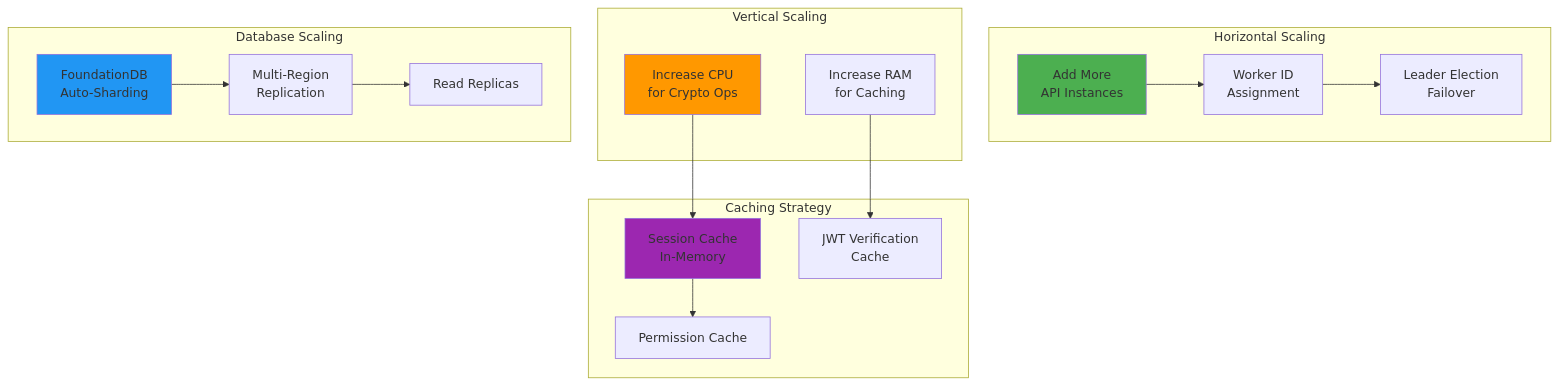
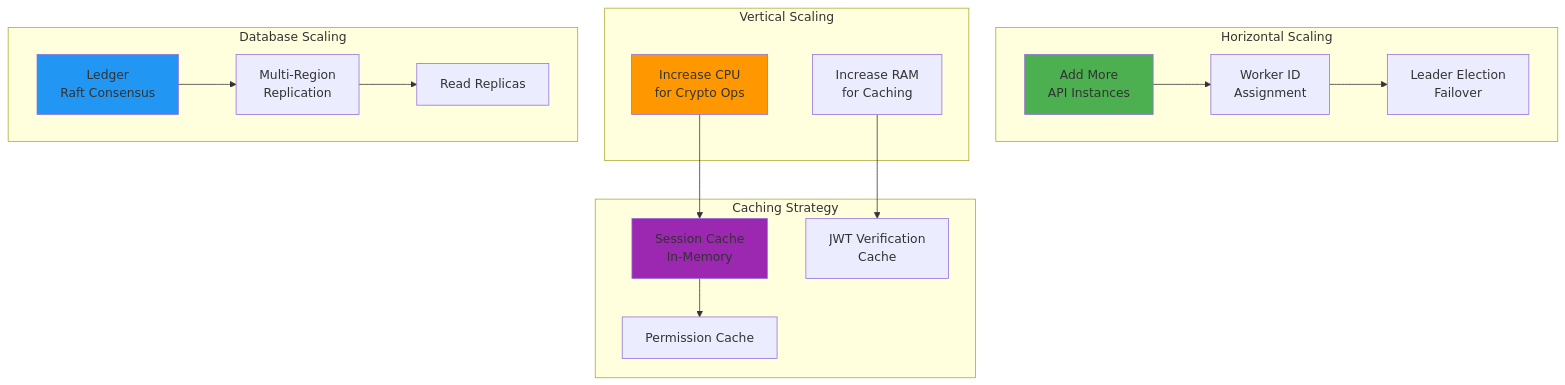
One commit to inferadb/control changed the tenth of 10 diagrams in docs/architecture.md. Above: the diagram before and after it, drawn with Mermaid. The commit also changed other lines of this file and 61 other files, not shown here.

````diff
--- a/docs/architecture.md
+++ b/docs/architecture.md
@@ -531,38 +531,38 @@
 ```mermaid
 graph TB
     subgraph "Horizontal Scaling"
         H1[Add More<br/>API Instances]
         H2[Worker ID<br/>Assignment]
         H3[Leader Election<br/>Failover]
     end
 
     subgraph "Vertical Scaling"
         V1[Increase CPU<br/>for Crypto Ops]
         V2[Increase RAM<br/>for Caching]
     end
 
     subgraph "Database Scaling"
-        D1[FoundationDB<br/>Auto-Sharding]
+        D1[Ledger<br/>Raft Consensus]
         D2[Multi-Region<br/>Replication]
         D3[Read Replicas]
     end
 
     subgraph "Caching Strategy"
         C1[Session Cache<br/>In-Memory]
         C2[JWT Verification<br/>Cache]
         C3[Permission Cache]
     end
 
     H1 --> H2
     H2 --> H3
     V1 --> C1
     V2 --> C2
     D1 --> D2
     D2 --> D3
     C1 --> C3
 
     style H1 fill:#4CAF50
     style V1 fill:#FF9800
     style D1 fill:#2196F3
     style C1 fill:#9C27B0
 ```
````
